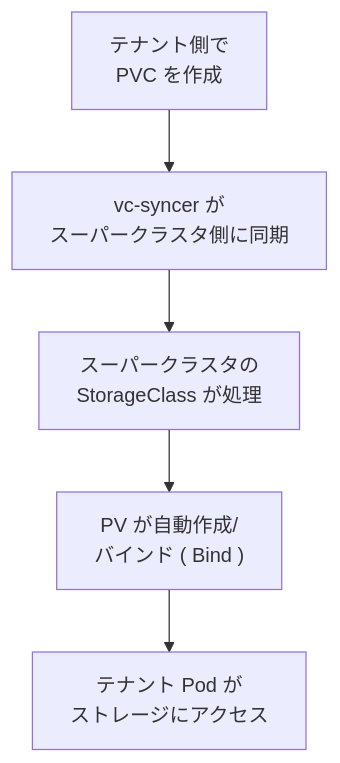
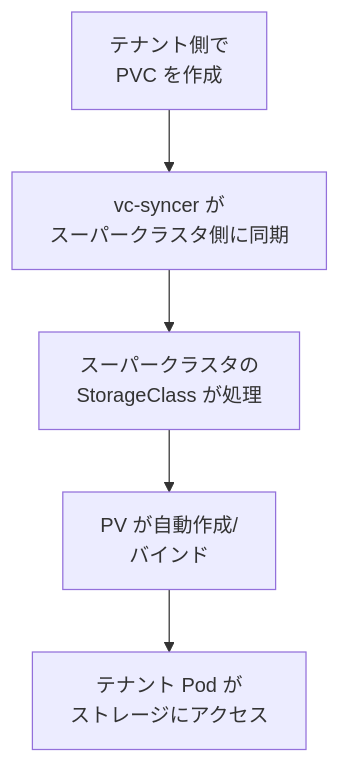
Before and after one commit to takeharukato/ansible-linux-setup: the first of 2 diagrams in roles/k8s-virtual-cluster/Readme.md, drawn with Mermaid. The commit also changed other lines of this file and 13 other files, not shown here.

````diff
--- a/roles/k8s-virtual-cluster/Readme.md
+++ b/roles/k8s-virtual-cluster/Readme.md
@@ -496,7 +497,7 @@
 ```mermaid
 flowchart TD
     A["テナント側で<br/>PVC を作成"] --> B["vc-syncer が<br/>スーパークラスタ側に同期"]
     B --> C["スーパークラスタの<br/>StorageClass が処理"]
-    C --> D["PV が自動作成/<br/>バインド ( Bind ) "]
+    C --> D["PV が自動作成/<br/>バインド "]
     D --> E["テナント Pod が<br/>ストレージにアクセス"]
 ```
````
